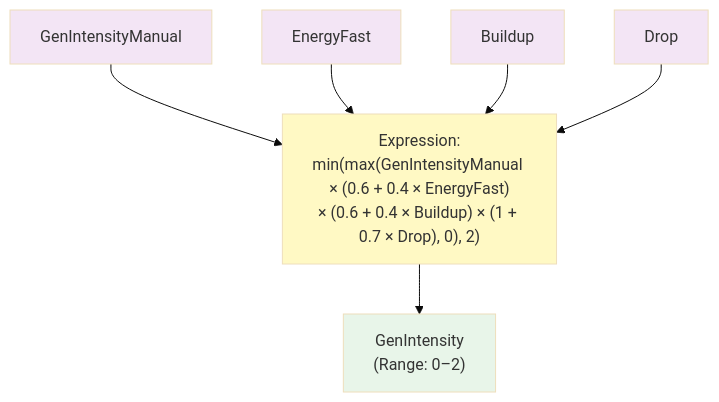
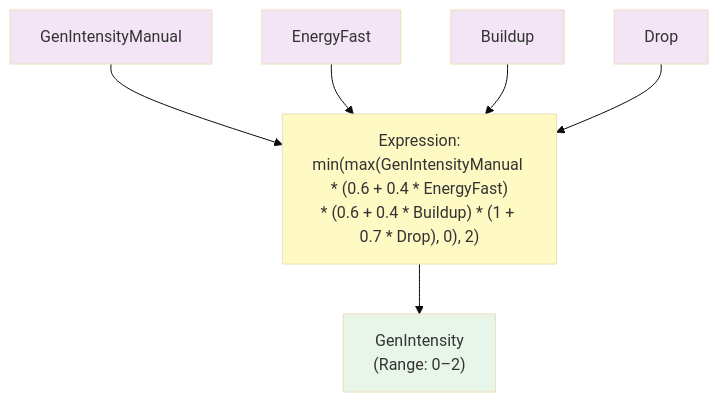
Before and after one commit to abossard/synesthesia-visuals: diagram 13 of 19 in docs/mmv-master-pipeline-guide.md, drawn with Mermaid (base theme). The commit also changed other lines of this file, not shown here.

Commit message:
Fix symbol consistency in MMV guide diagrams

````diff
--- a/docs/mmv-master-pipeline-guide.md
+++ b/docs/mmv-master-pipeline-guide.md
@@ -687,16 +687,16 @@
 ```mermaid
 flowchart TD
-    GEN_MAN["GenIntensityManual"] --> EXPR_INT["Expression:<br/>min(max(GenIntensityManual × (0.6 + 0.4 × EnergyFast)<br/>× (0.6 + 0.4 × Buildup) × (1 + 0.7 × Drop), 0), 2)"]
+    GEN_MAN["GenIntensityManual"] --> EXPR_INT["Expression:<br/>min(max(GenIntensityManual * (0.6 + 0.4 * EnergyFast)<br/>* (0.6 + 0.4 * Buildup) * (1 + 0.7 * Drop), 0), 2)"]
     ENERGY_FAST_IN2["EnergyFast"] --> EXPR_INT
     BUILDUP_IN2["Buildup"] --> EXPR_INT
     DROP_IN2["Drop"] --> EXPR_INT
     
     EXPR_INT --> GEN_INT["GenIntensity<br/>(Range: 0–2)"]
     
     style GEN_MAN fill:#f3e5f5
     style ENERGY_FAST_IN2 fill:#f3e5f5
     style BUILDUP_IN2 fill:#f3e5f5
     style DROP_IN2 fill:#f3e5f5
     style EXPR_INT fill:#fff9c4
     style GEN_INT fill:#e8f5e9
 ```
````
